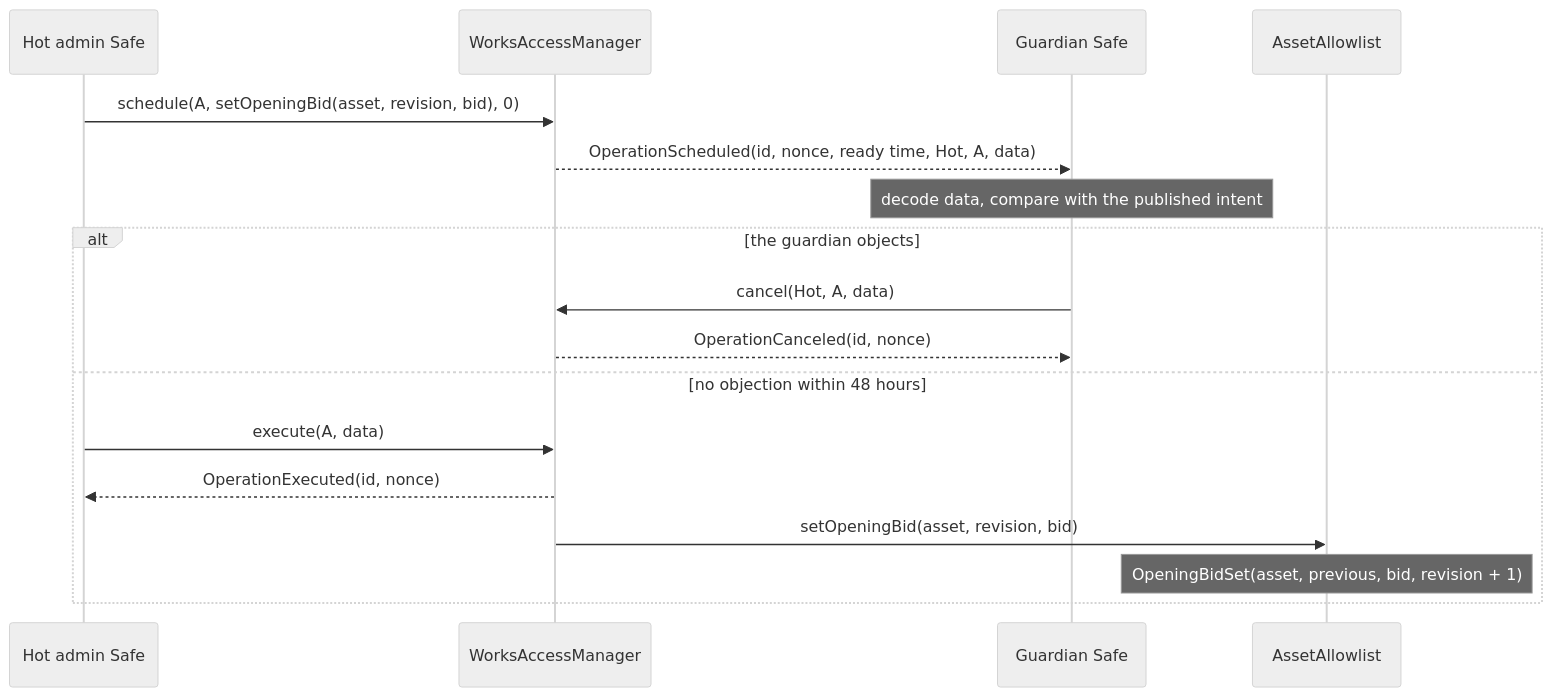
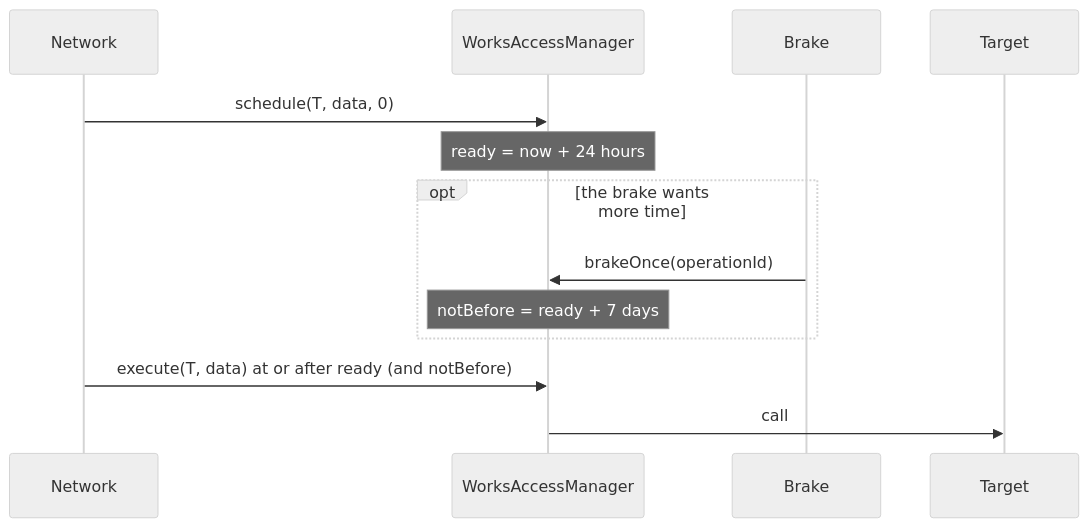
The fourth of 4 diagrams in docs/spec/governance.md (6529-Collections/6529-works), drawn with Mermaid (neutral theme) before and after one commit. The commit also changed other lines of this file and 352 other files, not shown here.

````diff
--- a/docs/spec/governance.md
+++ b/docs/spec/governance.md
@@ -706,19 +207,15 @@
 ```mermaid
 sequenceDiagram
-    participant Hot as Hot admin Safe
+    participant N as Network
     participant M as WorksAccessManager
-    participant G as Guardian Safe
-    participant A as AssetAllowlist
-    Hot->>M: schedule(A, setOpeningBid(asset, revision, bid), 0)
-    M-->>G: OperationScheduled(id, nonce, ready time, Hot, A, data)
-    Note over G: decode data, compare with the published intent
-    alt the guardian objects
-        G->>M: cancel(Hot, A, data)
-        M-->>G: OperationCanceled(id, nonce)
-    else no objection within 48 hours
-        Hot->>M: execute(A, data)
-        M-->>Hot: OperationExecuted(id, nonce)
-        M->>A: setOpeningBid(asset, revision, bid)
-        Note over A: OpeningBidSet(asset, previous, bid, revision + 1)
+    participant B as Brake
+    participant T as Target
+    N->>M: schedule(T, data, 0)
+    Note over M: ready = now + 24 hours
+    opt the brake wants more time
+        B->>M: brakeOnce(operationId)
+        Note over M: notBefore = ready + 7 days
     end
+    N->>M: execute(T, data) at or after ready (and notBefore)
+    M->>T: call
 ```
````
